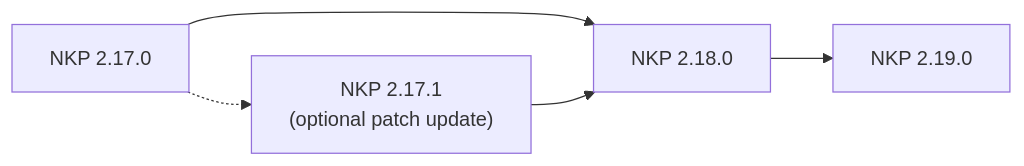
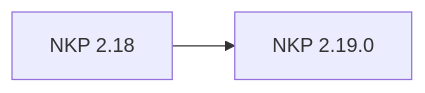
The diagram in docs/upgrades/index.md (jlnhnng/nkp-field-docs), drawn with Mermaid before and after one commit. The commit also changed other lines of this file and 43 other files, not shown here.

````diff
--- a/docs/upgrades/index.md
+++ b/docs/upgrades/index.md
@@ -11,7 +10,4 @@
 ```mermaid
 flowchart LR
-    a["NKP 2.17.0"] --> c["NKP 2.18.0"]
-    a -.-> b["NKP 2.17.1<br/>(optional patch update)"]
-    b --> c
-    c --> d["NKP 2.19.0"]
+    a["NKP 2.18"] --> b["NKP 2.19.0"]
 ```
````
